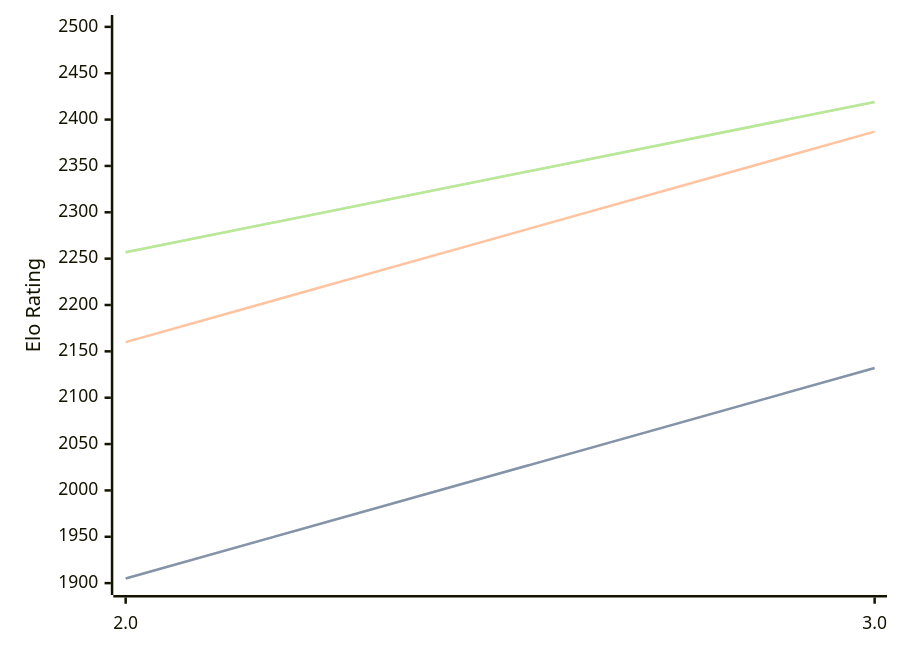
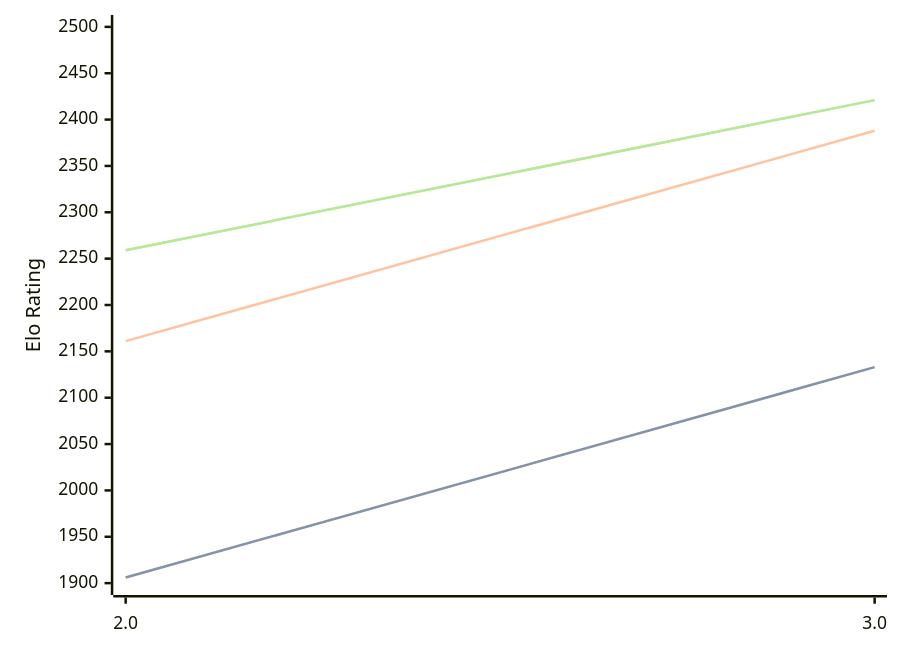
Before and after one commit to computer-chess-index/cci: the diagram in engines/Zeno.md, drawn with Mermaid. The commit also changed other lines of this file, not shown here.

Commit message:
Update CCI Ratings (ELO VLTC) - 2026-10-09

````diff
--- a/engines/Zeno.md
+++ b/engines/Zeno.md
@@ -32,11 +32,11 @@
 ```mermaid
 %%{init: {"theme":"base","themeVariables":{"seriesColors:['#a3a3a3','#222221','#faa371']}}}%%
 xychart-beta
   x-axis ["2.0", "3.0"]
   y-axis "Elo Rating" 1900 --> 2500
-  line "" [1905, 2132]
-  line "STC (8.0+0.08s)" [1905, 2132]
-  line "LTC (60.0+0.60s)" [2160, 2387]
-  line "" [2257, 2419]
-  line "VLTC (2m24s+1.12s)" [2257, 2419]
+  line "" [1906, 2133]
+  line "STC (8.0+0.08s)" [1906, 2133]
+  line "LTC (60.0+0.60s)" [2161, 2388]
+  line "" [2259, 2421]
+  line "VLTC (2m24s+1.12s)" [2259, 2421]
 ```
````
